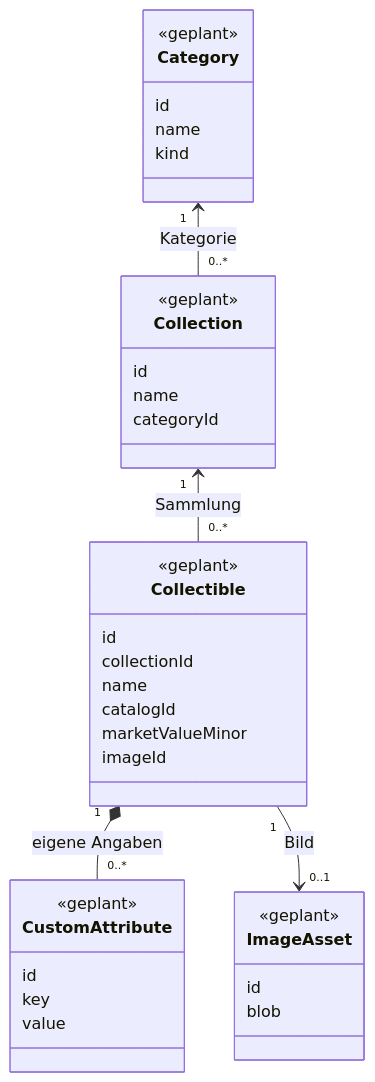
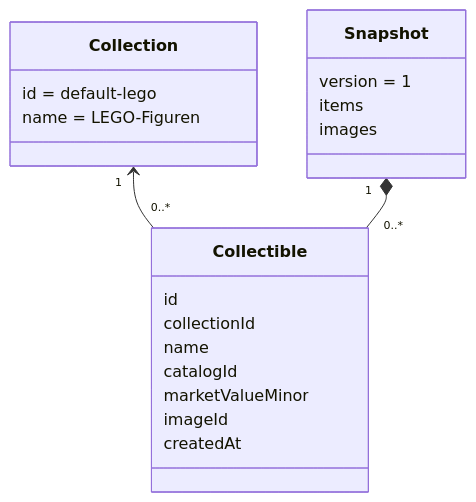
One commit to codePfosten/sammel-webapp changed the diagram in CLASS_DIAGRAM.md. Above: the diagram before and after it, drawn with Mermaid. The commit also changed other lines of this file and 32 other files, not shown here.

First line of the commit message:
feat: add simple HTML CSS JS LEGO collection prototype

````diff
--- a/CLASS_DIAGRAM.md
+++ b/CLASS_DIAGRAM.md
@@ -5,40 +5,23 @@
 ```mermaid
 classDiagram
-  direction TB
-  class Category {
-    <<geplant>>
-    id
-    name
-    kind
-  }
   class Collection {
-    <<geplant>>
-    id
-    name
-    categoryId
+    id = default-lego
+    name = LEGO-Figuren
   }
   class Collectible {
-    <<geplant>>
     id
     collectionId
     name
     catalogId
     marketValueMinor
     imageId
+    createdAt
   }
-  class CustomAttribute {
-    <<geplant>>
-    id
-    key
-    value
+  class Snapshot {
+    version = 1
+    items
+    images
   }
-  class ImageAsset {
-    <<geplant>>
-    id
-    blob
-  }
-  Category "1" <-- "0..*" Collection : Kategorie
-  Collection "1" <-- "0..*" Collectible : Sammlung
-  Collectible "1" *-- "0..*" CustomAttribute : eigene Angaben
-  Collectible "1" --> "0..1" ImageAsset : Bild
+  Collection "1" <-- "0..*" Collectible
+  Snapshot "1" *-- "0..*" Collectible
 ```
````
